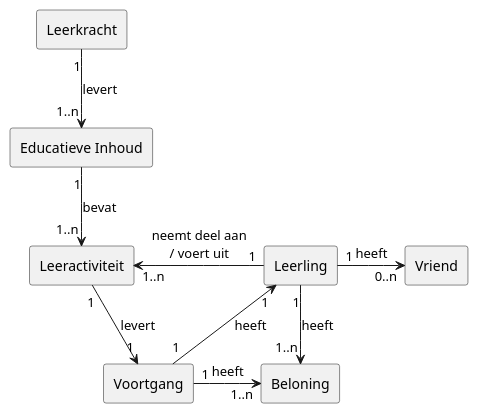
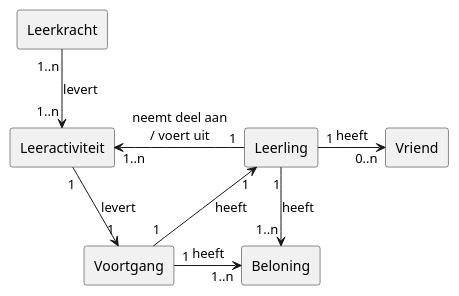
One commit to janvanhest/ap2-cmk changed the diagram in doc/Analyses_and_design/conceptual_model.puml. Above: the diagram before and after it, drawn with PlantUML. The commit also changed 5 other files, not shown here.

```diff
--- a/doc/Analyses_and_design/conceptual_model.puml
+++ b/doc/Analyses_and_design/conceptual_model.puml
@@ -1,36 +1,34 @@
 @startuml
-
 rectangle Leerling
 rectangle Leerkracht
 rectangle Vriend
-rectangle EducatieveInhoud as "Educatieve Inhoud"
+' rectangle EducatieveInhoud as "Educatieve Inhoud"
 ' rectangle Collectie
 ' rectangle Hoofdstukken
 rectangle Leeractiviteit
 rectangle Voortgang
 rectangle Beloning
 ' rectangle Diploma
 ' rectangle Badge
 ' rectangle SocialeInteractie as "Vriendenlijst"
 ' rectangle LeerlingDashboard as "Leerling Dashboard"
 
-Leerkracht "1" -down-> "1..n" EducatieveInhoud : levert
+Leerkracht "1..n" -down-> "1..n" Leeractiviteit : levert
 ' EducatieveInhoud -down-> Collectie : bestaat uit
 ' Collectie -right-> Hoofdstukken : omvat
 ' Hoofdstukken -down-> Leeractiviteit : bevat
-EducatieveInhoud "1" -down-> "1..n" Leeractiviteit : bevat
+' EducatieveInhoud "1" -down-> "1..n" Leeractiviteit : bevat
 
 Leerling "1" -left-> "1..n" Leeractiviteit : "neemt deel aan\n/ voert uit"
 Leerling "1" -right-> "0..n" Vriend  : heeft
 ' Leerling "1" -down-> "1" LeerlingDashboard : heeft
 Leeractiviteit "1" -down-> "1" Voortgang : levert
 Voortgang "1" -up-> "1" Leerling : heeft
 Leerling "1" -down-> "1..n" Beloning : heeft
 Voortgang "1" -right-> "1..n" Beloning : heeft
 ' Diploma "1" -up-> "n" Voortgang : heeft
 ' Badge "1" -up-> "1" Voortgang : heeft
 ' Beloning "1..n" -up-> "1" Diploma : is
 ' Beloning "1..n" -up-> "1" Badge : is
 ' Beloning "n" -right-> "1" LeerlingDashboard : toont
-
 @enduml
```
